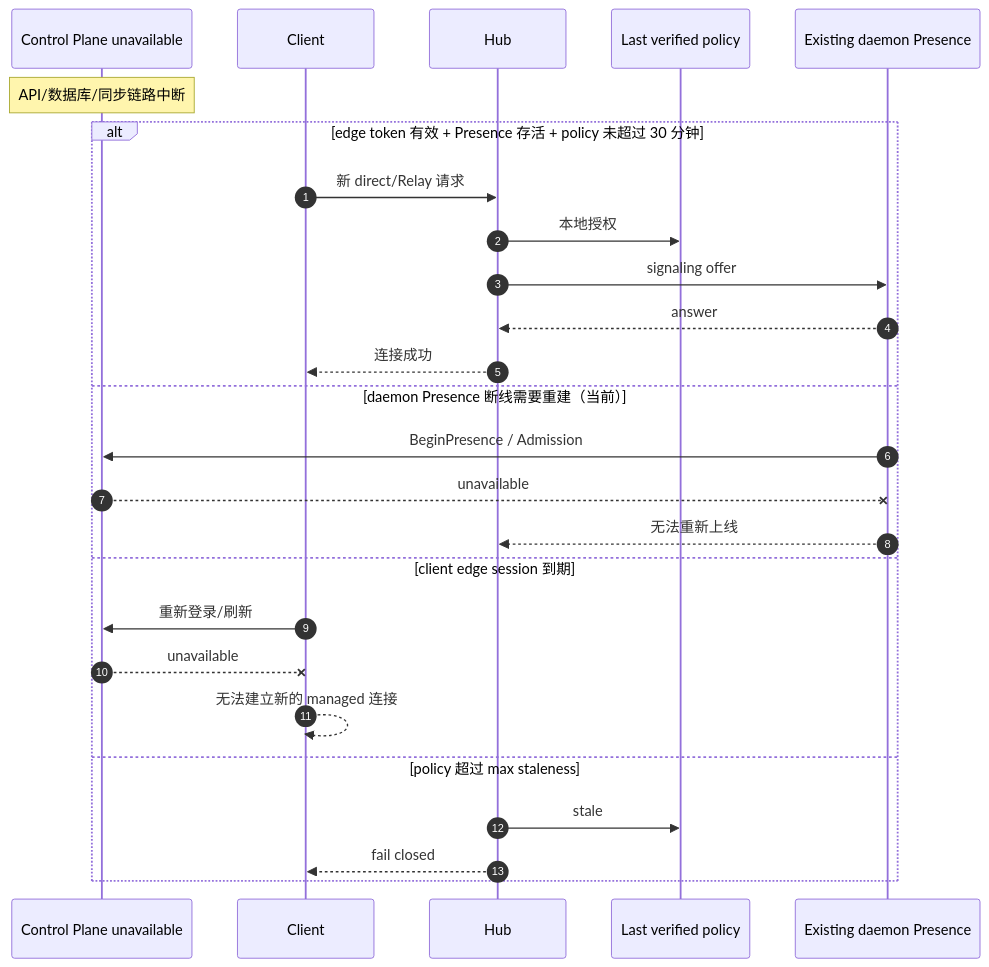
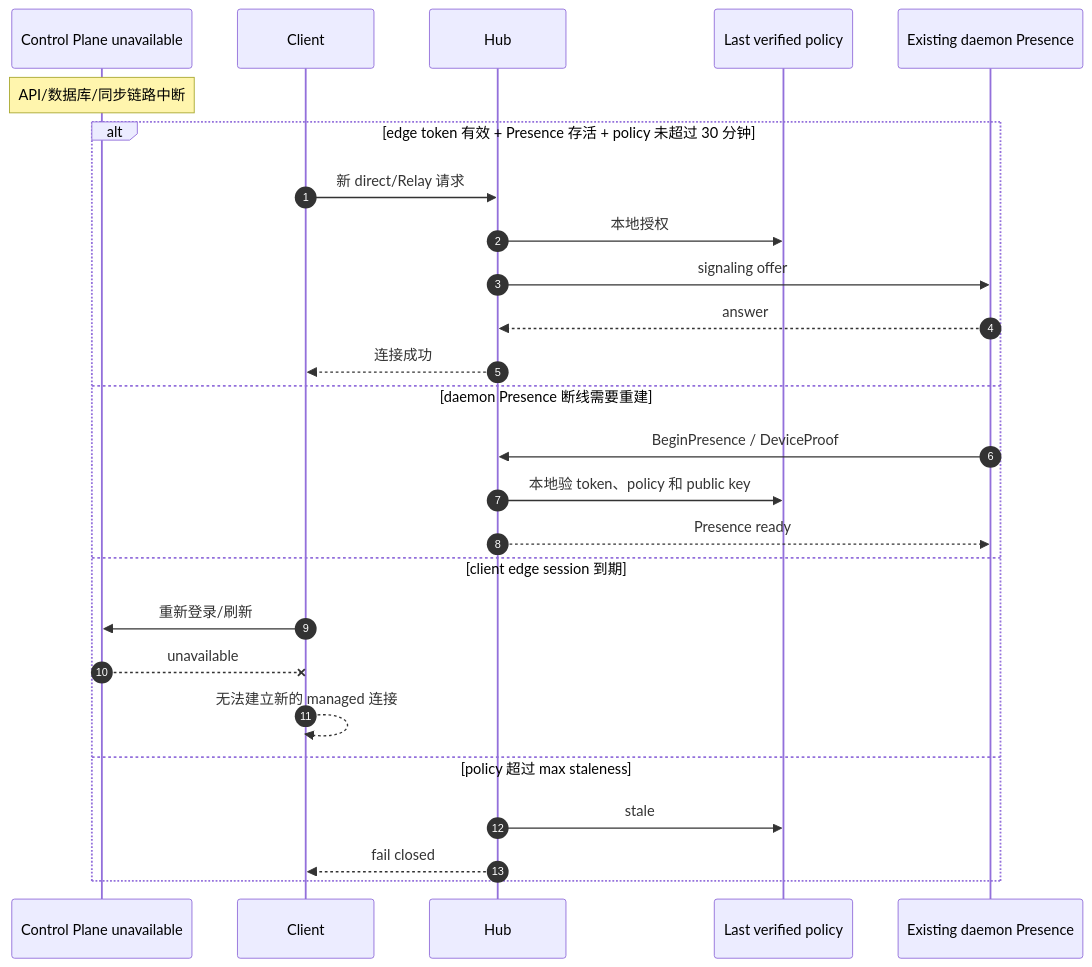
One commit to lozzo/termx changed the ninth of 10 diagrams in docs/remote-platform/cloud-end-to-end-swimlanes.md. Above: the diagram before and after it, drawn with Mermaid. The commit also changed other lines of this file and 65 other files, not shown here.

````diff
--- a/docs/remote-platform/cloud-end-to-end-swimlanes.md
+++ b/docs/remote-platform/cloud-end-to-end-swimlanes.md
@@ -305,29 +300,29 @@
 ```mermaid
 sequenceDiagram
     autonumber
     participant CP as Control Plane unavailable
     participant C as Client
     participant H as Hub
     participant P as Last verified policy
     participant D as Existing daemon Presence
 
     Note over CP: API/数据库/同步链路中断
     alt edge token 有效 + Presence 存活 + policy 未超过 30 分钟
         C->>H: 新 direct/Relay 请求
         H->>P: 本地授权
         H->>D: signaling offer
         D-->>H: answer
         H-->>C: 连接成功
-    else daemon Presence 断线需要重建（当前）
-        D->>CP: BeginPresence / Admission
-        CP--xD: unavailable
-        D-->>H: 无法重新上线
+    else daemon Presence 断线需要重建
+        D->>H: BeginPresence / DeviceProof
+        H->>P: 本地验 token、policy 和 public key
+        H-->>D: Presence ready
     else client edge session 到期
         C->>CP: 重新登录/刷新
         CP--xC: unavailable
         C-->>C: 无法建立新的 managed 连接
     else policy 超过 max staleness
         H->>P: stale
         H-->>C: fail closed
     end
 ```
````
